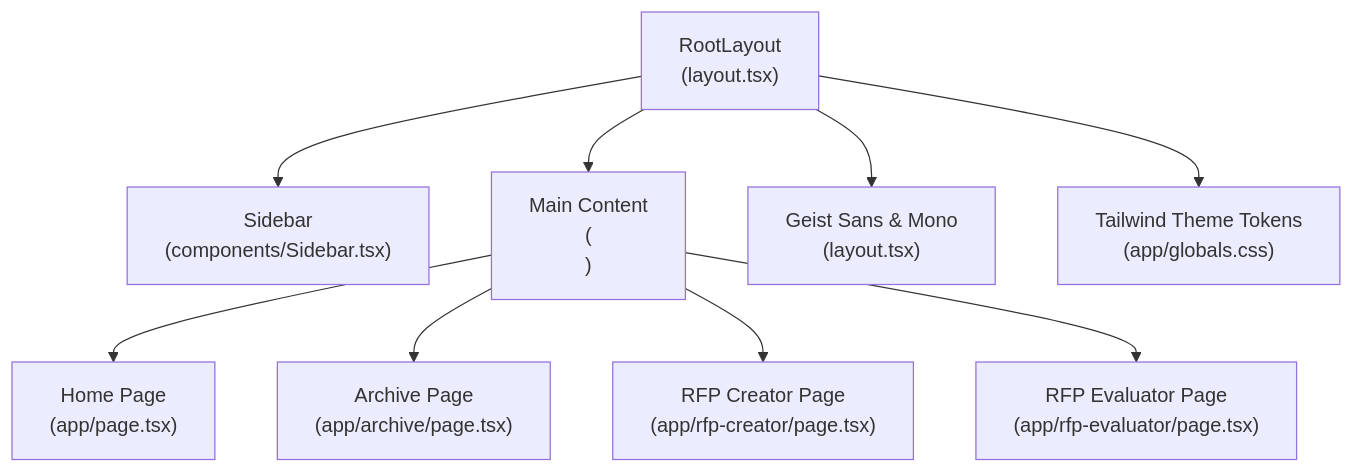
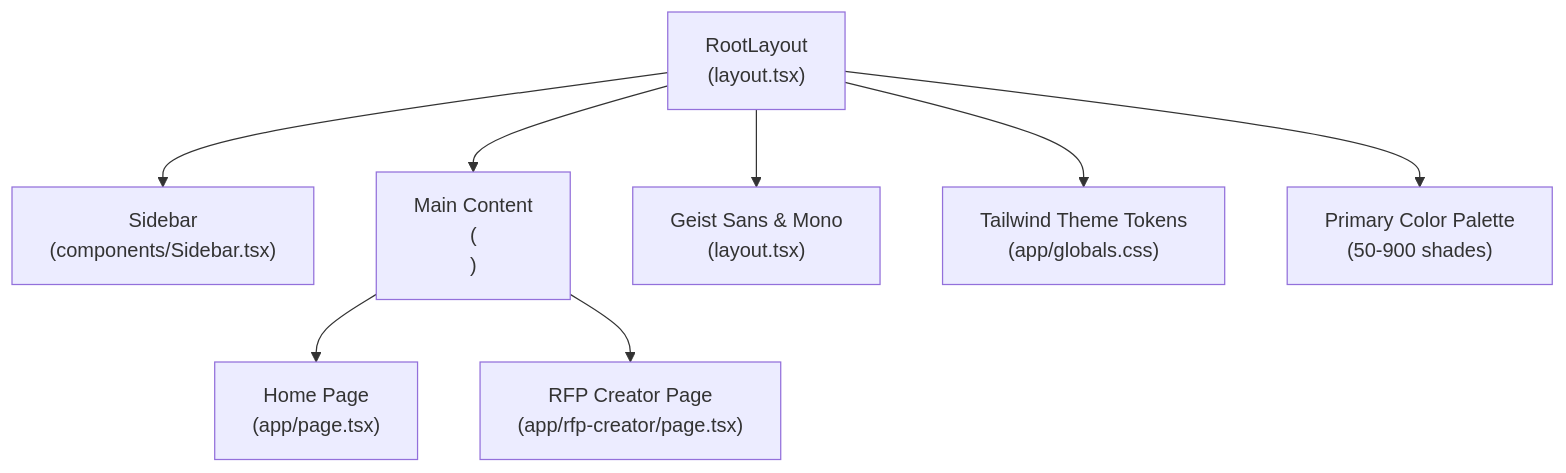
Before and after one commit to alexandreybasta-cyber/dubai-media-ai: the first of 2 diagrams in .qoder/repowiki/en/content/Frontend Application/Application Layout & Navigation.md, drawn with Mermaid. The commit also changed other lines of this file and 21 other files, not shown here.

````diff
--- a/.qoder/repowiki/en/content/Frontend Application/Application Layout & Navigation.md
+++ b/.qoder/repowiki/en/content/Frontend Application/Application Layout & Navigation.md
@@ -55,11 +50,10 @@
 ```mermaid
 graph TB
 RootLayout["RootLayout<br/>(layout.tsx)"] --> Sidebar["Sidebar<br/>(components/Sidebar.tsx)"]
 RootLayout --> Main["Main Content<br/>(<main>)"]
 Main --> PageHome["Home Page<br/>(app/page.tsx)"]
-Main --> PageArchive["Archive Page<br/>(app/archive/page.tsx)"]
 Main --> PageCreator["RFP Creator Page<br/>(app/rfp-creator/page.tsx)"]
-Main --> PageEvaluator["RFP Evaluator Page<br/>(app/rfp-evaluator/page.tsx)"]
 RootLayout --> Fonts["Geist Sans & Mono<br/>(layout.tsx)"]
 RootLayout --> Theme["Tailwind Theme Tokens<br/>(app/globals.css)"]
+RootLayout --> Colors["Primary Color Palette<br/>(50-900 shades)"]
 ```
````
